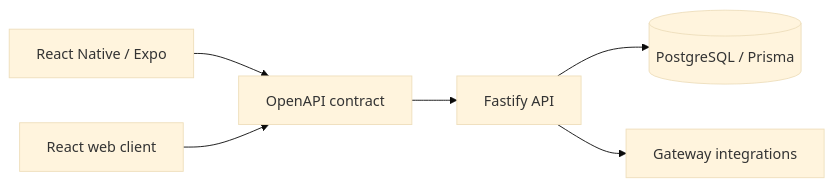
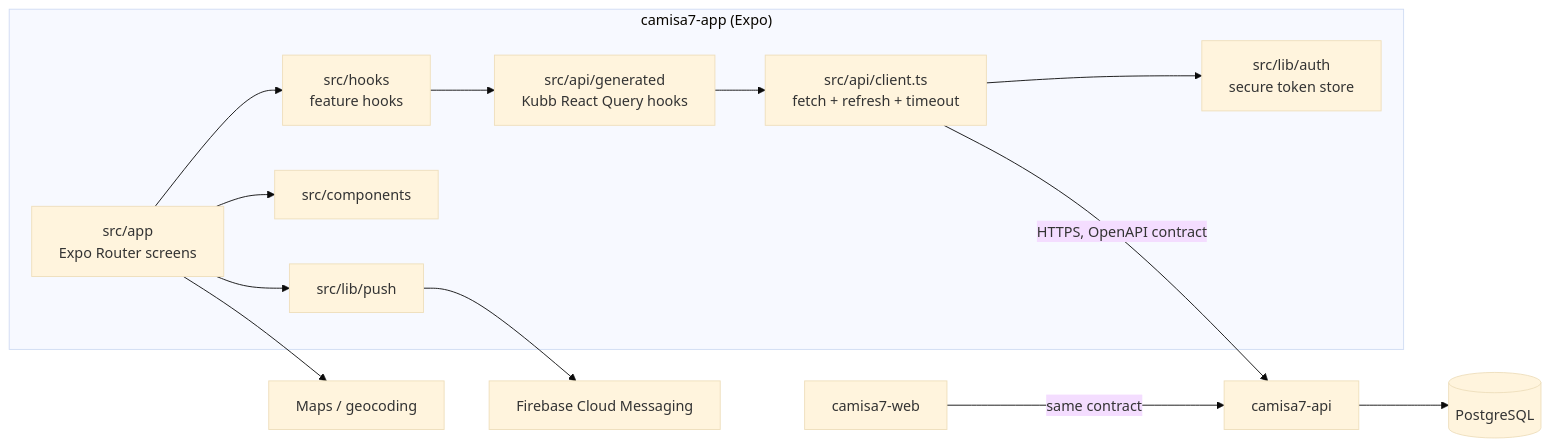
Before and after one commit to mkwitko/camisa7-app: the first of 2 diagrams in README.md, drawn with Mermaid (base theme). The commit also changed other lines of this file, not shown here.

````diff
--- a/README.md
+++ b/README.md
@@ -18,8 +21,16 @@
 ```mermaid
 flowchart LR
- Mobile["React Native / Expo"] --> Contract["OpenAPI contract"]
- Web["React web client"] --> Contract
- Contract --> API["Fastify API"]
- API --> DB[("PostgreSQL / Prisma")]
- API --> Providers["Gateway integrations"]
+  subgraph App["camisa7-app (Expo)"]
+    Routes["src/app<br/>Expo Router screens"] --> Hooks["src/hooks<br/>feature hooks"]
+    Routes --> Comps["src/components"]
+    Hooks --> Gen["src/api/generated<br/>Kubb React Query hooks"]
+    Gen --> Client["src/api/client.ts<br/>fetch + refresh + timeout"]
+    Client --> Auth["src/lib/auth<br/>secure token store"]
+    Routes --> Push["src/lib/push"]
+  end
+  Client -->|HTTPS, OpenAPI contract| API["camisa7-api"]
+  Push --> FCM["Firebase Cloud Messaging"]
+  Routes --> Maps["Maps / geocoding"]
+  Web["camisa7-web"] -->|same contract| API
+  API --> PG[("PostgreSQL")]
 ```
````
